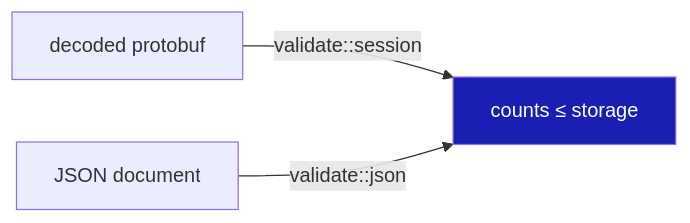
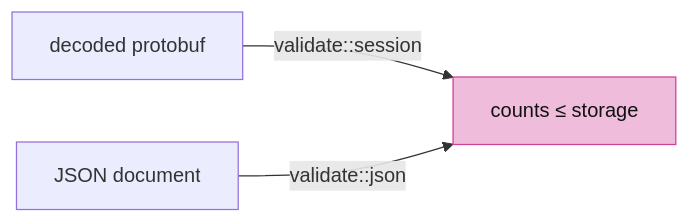
One commit to petrasvestartas/session changed the third of 8 diagrams in session_viewer/docs/14-loading.md. Above: the diagram before and after it, drawn with Mermaid. The commit also changed other lines of this file and 23 other files, not shown here.

Commit message:
Course: Mermaid nodes white with black text, highlighted nodes pink, white arrows and edge labels on the black ground

````diff
--- a/session_viewer/docs/14-loading.md
+++ b/session_viewer/docs/14-loading.md
@@ -49,6 +49,6 @@
 ```mermaid
 flowchart LR
     P["decoded protobuf"] -- "validate::session" --> O["counts ≤ storage"]
     J["JSON document"] -- "validate::json" --> O
-    style O fill:#1a1eb2,color:#fff
+    style O fill:#f0bcdb,stroke:#ce4095,color:#111
 ```
````
